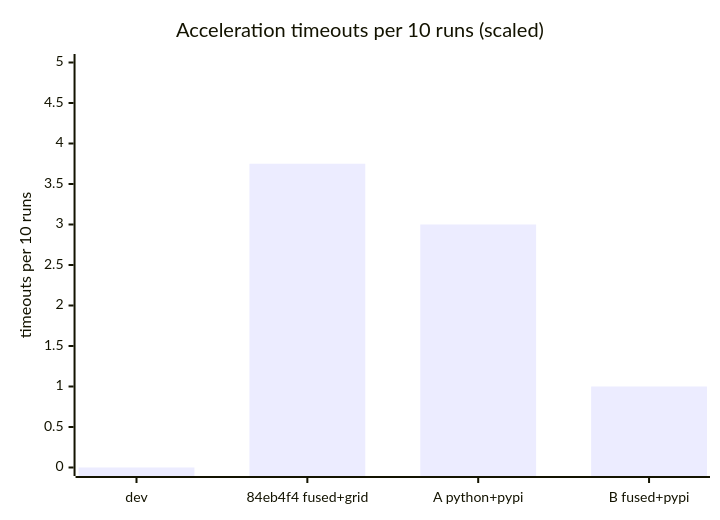
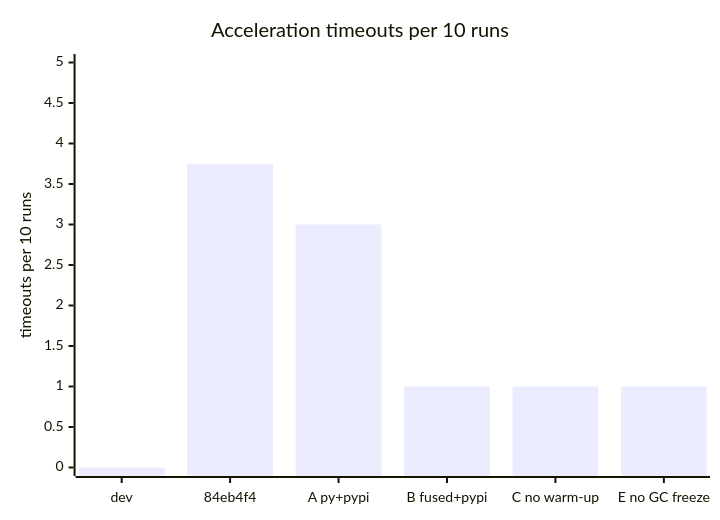
One commit to isc-fs/IFS09-DV-PIPELINE changed the fifth of 5 diagrams in docs/arm_optimization/validation.md. Above: the diagram before and after it, drawn with Mermaid. The commit also changed other lines of this file and 1 other file, not shown here.

First line of the commit message:
docs(arm_optimization): bisect round 2 clears the planner warm-up and the GC freeze

````diff
--- a/docs/arm_optimization/validation.md
+++ b/docs/arm_optimization/validation.md
@@ -134,7 +136,7 @@
 ```mermaid
 xychart-beta
-    title "Acceleration timeouts per 10 runs (scaled)"
-    x-axis ["dev", "84eb4f4 fused+grid", "A python+pypi", "B fused+pypi"]
+    title "Acceleration timeouts per 10 runs"
+    x-axis ["dev", "84eb4f4", "A py+pypi", "B fused+pypi", "C no warm-up", "E no GC freeze"]
     y-axis "timeouts per 10 runs" 0 --> 5
-    bar [0, 3.75, 3, 1]
+    bar [0, 3.75, 3, 1, 1, 1]
 ```
````
